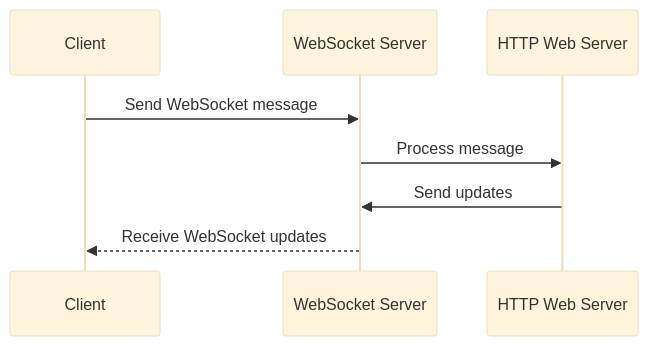
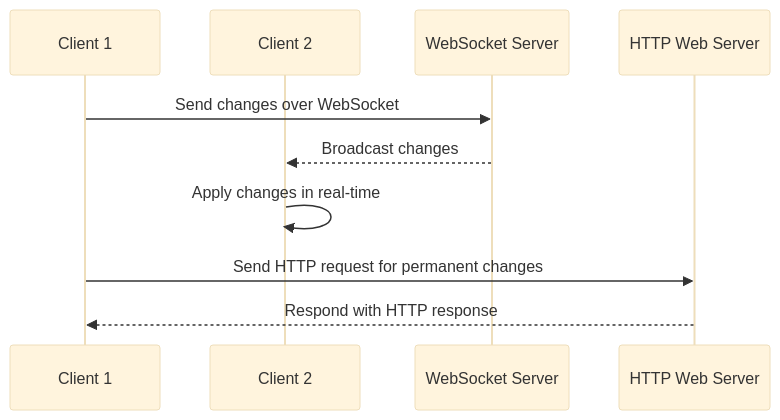
Before and after one commit to bytejutsu/report: the seventh of 7 diagrams in part_2_fundamentals_of_web_apps/chapter_6_real_time_protocols/1_websocket_server.md, drawn with Mermaid (base theme). The commit also changed other lines of this file, not shown here.

Commit message:
improve diagrams in websocket server

````diff
--- a/part_2_fundamentals_of_web_apps/chapter_6_real_time_protocols/1_websocket_server.md
+++ b/part_2_fundamentals_of_web_apps/chapter_6_real_time_protocols/1_websocket_server.md
@@ -97,10 +108,12 @@
 ```mermaid
 sequenceDiagram
-  participant C as Client
+  participant C1 as Client 1
+  participant C2 as Client 2
   participant WS as WebSocket Server
   participant HS as HTTP Web Server
-  C->>WS: Send WebSocket message
-  WS->>HS: Process message
-  HS->>WS: Send updates
-  WS-->>C: Receive WebSocket updates
+  C1->>WS: Send changes over WebSocket
+  WS-->>C2: Broadcast changes
+  C2->>C2: Apply changes in real-time
+  C1->>HS: Send HTTP request for permanent changes
+  HS-->>C1: Respond with HTTP response
 ```
````
